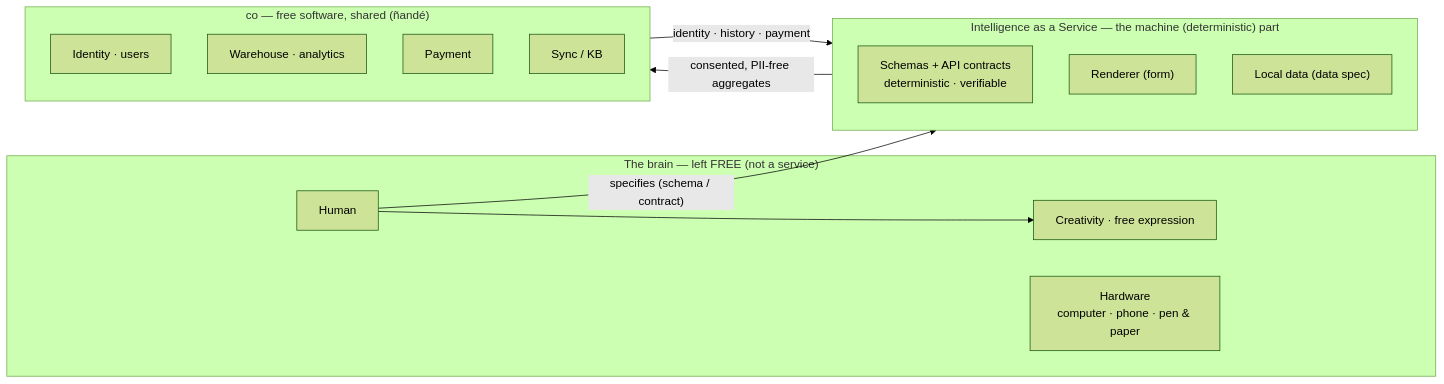
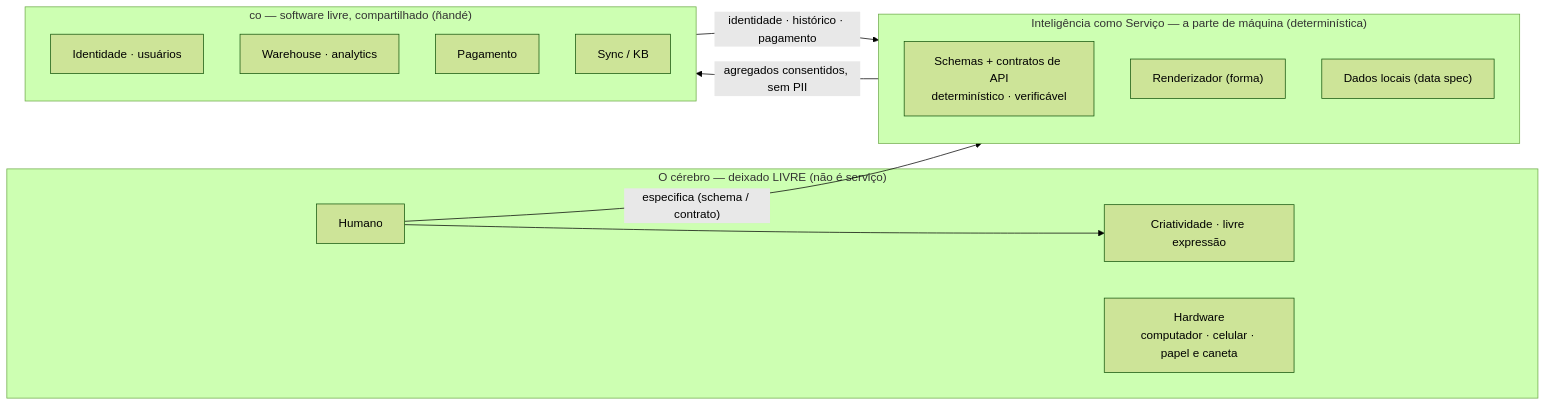
Before and after one commit to artelonga/ArteLonga: the first of 6 diagrams in docs/intelligence-as-a-service.pt.md, drawn with Mermaid (forest theme). The commit also changed other lines of this file and 51 other files, not shown here.

First line of the commit message:
feat(docs): diagramas em Excalidraw real (mermaid→excalidraw) + IaaS em PT (#87)

````diff
--- a/docs/intelligence-as-a-service.pt.md
+++ b/docs/intelligence-as-a-service.pt.md
@@ -26,23 +26,23 @@
 ```mermaid
 flowchart LR
-  subgraph Free["The brain — left FREE (not a service)"]
-    H["Human"]
-    CR["Creativity · free expression"]
-    HW["Hardware<br/>computer · phone · pen & paper"]
+  subgraph Free["O cérebro — deixado LIVRE (não é serviço)"]
+    H["Humano"]
+    CR["Criatividade · livre expressão"]
+    HW["Hardware<br/>computador · celular · papel e caneta"]
   end
-  subgraph Service["Intelligence as a Service — the machine (deterministic) part"]
-    SCH["Schemas + API contracts<br/>deterministic · verifiable"]
-    R["Renderer (form)"]
-    D["Local data (data spec)"]
+  subgraph Service["Inteligência como Serviço — a parte de máquina (determinística)"]
+    SCH["Schemas + contratos de API<br/>determinístico · verificável"]
+    R["Renderizador (forma)"]
+    D["Dados locais (data spec)"]
   end
-  subgraph Platform["co — free software, shared (ñandé)"]
-    ID["Identity · users"]
+  subgraph Platform["co — software livre, compartilhado (ñandé)"]
+    ID["Identidade · usuários"]
     WH["Warehouse · analytics"]
-    PAY["Payment"]
+    PAY["Pagamento"]
     SYNC["Sync / KB"]
   end
   H --> CR
-  H -->|"specifies (schema / contract)"| Service
-  Service -->|"consented, PII-free aggregates"| Platform
-  Platform -->|"identity · history · payment"| Service
+  H -->|"especifica (schema / contrato)"| Service
+  Service -->|"agregados consentidos, sem PII"| Platform
+  Platform -->|"identidade · histórico · pagamento"| Service
 ```
````
